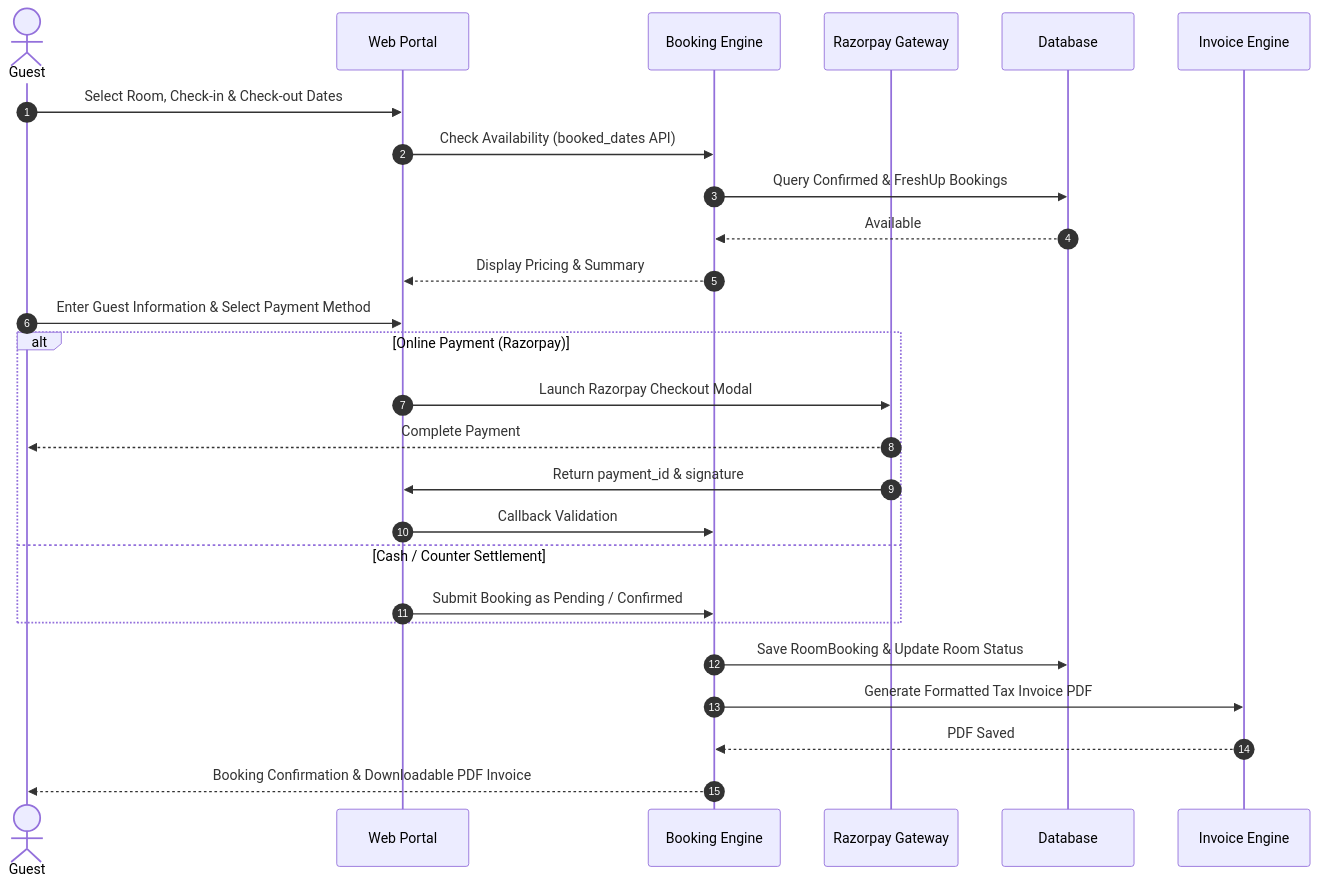
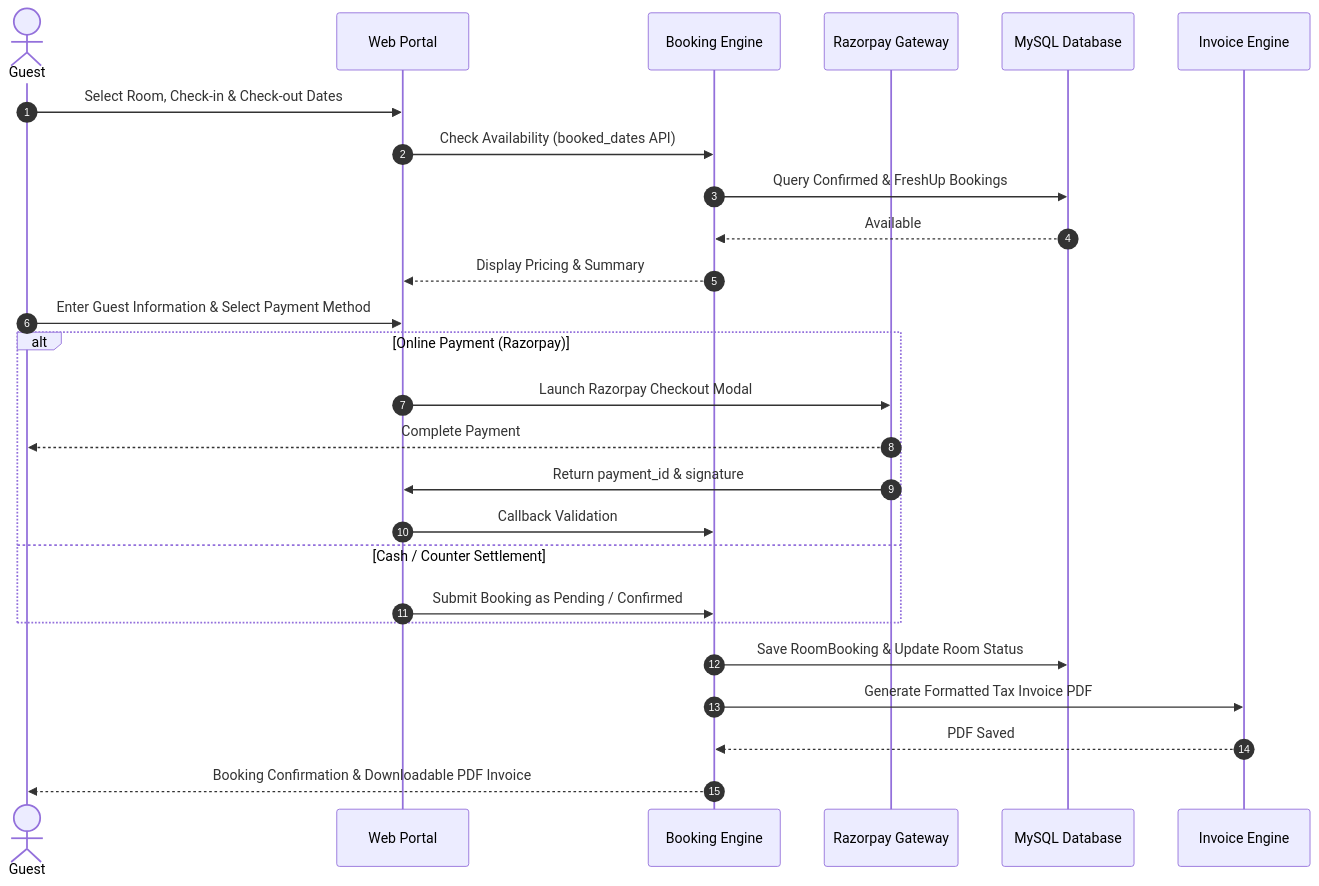
Before and after one commit to Gouri4666/stayzen: the second of 4 diagrams in README.md, drawn with Mermaid. The commit also changed other lines of this file and 2 other files, not shown here.

Commit message:
Update documentation and database configuration to MySQL only

````diff
--- a/README.md
+++ b/README.md
@@ -120,29 +118,29 @@
 ```mermaid
 sequenceDiagram
     autonumber
     actor Guest as Guest
     participant Web as Web Portal
     participant Core as Booking Engine
     participant Pay as Razorpay Gateway
-    participant DB as Database
+    participant DB as MySQL Database
     participant PDF as Invoice Engine
 
     Guest->>Web: Select Room, Check-in & Check-out Dates
     Web->>Core: Check Availability (booked_dates API)
     Core->>DB: Query Confirmed & FreshUp Bookings
     DB-->>Core: Available
     Core-->>Web: Display Pricing & Summary
     Guest->>Web: Enter Guest Information & Select Payment Method
     alt Online Payment (Razorpay)
         Web->>Pay: Launch Razorpay Checkout Modal
         Pay-->>Guest: Complete Payment
         Pay->>Web: Return payment_id & signature
         Web->>Core: Callback Validation
     else Cash / Counter Settlement
         Web->>Core: Submit Booking as Pending / Confirmed
     end
     Core->>DB: Save RoomBooking & Update Room Status
     Core->>PDF: Generate Formatted Tax Invoice PDF
     PDF-->>Core: PDF Saved
     Core-->>Guest: Booking Confirmation & Downloadable PDF Invoice
 ```
````
